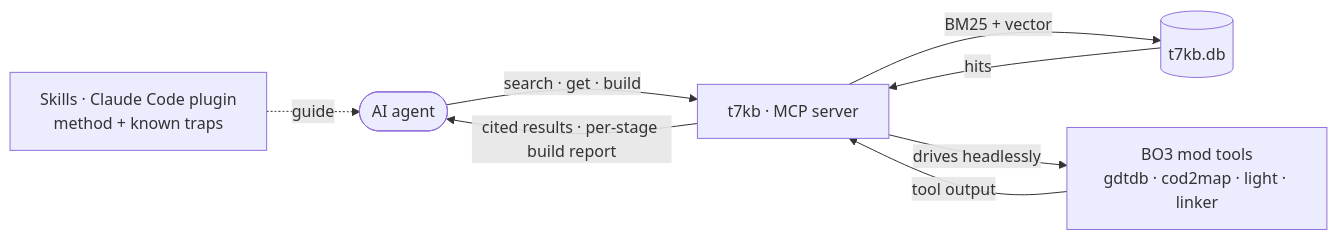
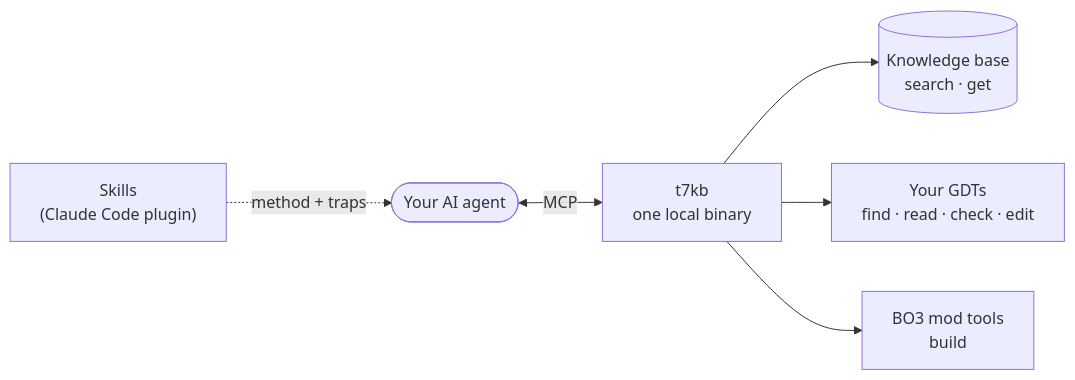
Before and after one commit to McReaper/t7_companion: the diagram in README.md, drawn with Mermaid. The commit also changed other lines of this file and 2 other files, not shown here.

First line of the commit message:
docs(readme): a readable diagram, the GDT tools as a list, how to update

````diff
--- a/README.md
+++ b/README.md
@@ -30,10 +30,8 @@
 ```mermaid
 flowchart LR
-    S["Skills · Claude Code plugin<br/>method + known traps"] -. guide .-> A
-    A([AI agent]) -- "search · get · build" --> B["t7kb · MCP server"]
-    B -- "BM25 + vector" --> C[("t7kb.db")]
-    C -- hits --> B
-    B -- "drives headlessly" --> T["BO3 mod tools<br/>gdtdb · cod2map · light · linker"]
-    T -- "tool output" --> B
-    B -- "cited results · per-stage build report" --> A
+    S["Skills<br/>(Claude Code plugin)"] -. method + traps .-> A([Your AI agent])
+    A <-->|MCP| T["t7kb<br/>one local binary"]
+    T --> K[("Knowledge base<br/>search · get")]
+    T --> G["Your GDTs<br/>find · read · check · edit"]
+    T --> B["BO3 mod tools<br/>build"]
 ```
````
